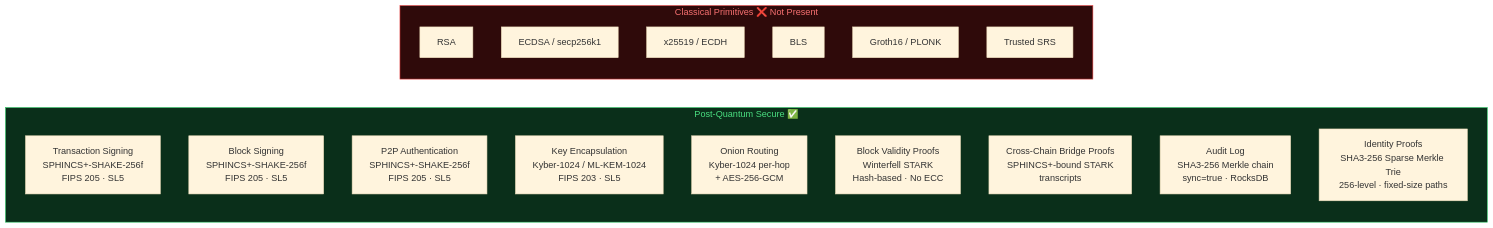
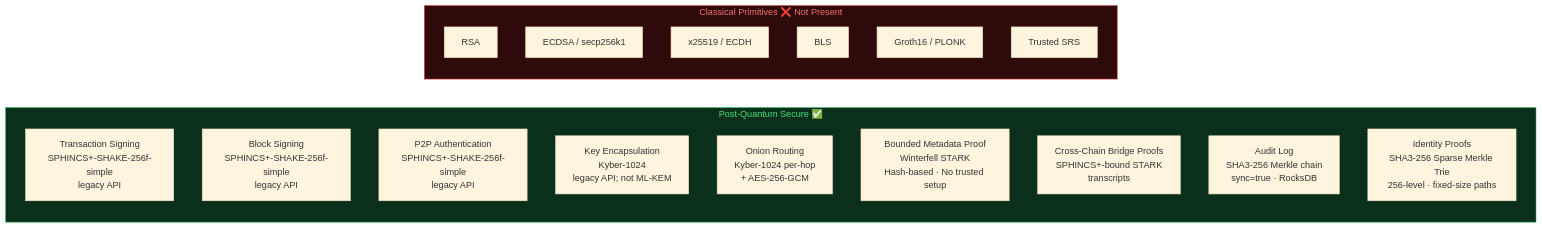
One commit to BleepEcosystem/BLEEP-v1 changed the second of 7 diagrams in README.md. Above: the diagram before and after it, drawn with Mermaid (base theme). The commit also changed other lines of this file and 16 other files, not shown here.

````diff
--- a/README.md
+++ b/README.md
@@ -290,28 +289,28 @@
 ```mermaid
 graph LR
     subgraph PQ["Post-Quantum Secure ✅"]
         direction TB
-        TX_SIGN["Transaction Signing\nSPHINCS+-SHAKE-256f\nFIPS 205 · SL5"]
-        BLK_SIGN["Block Signing\nSPHINCS+-SHAKE-256f\nFIPS 205 · SL5"]
-        P2P_AUTH["P2P Authentication\nSPHINCS+-SHAKE-256f\nFIPS 205 · SL5"]
-        KEM["Key Encapsulation\nKyber-1024 / ML-KEM-1024\nFIPS 203 · SL5"]
+        TX_SIGN["Transaction Signing\nSPHINCS+-SHAKE-256f-simple\nlegacy API"]
+        BLK_SIGN["Block Signing\nSPHINCS+-SHAKE-256f-simple\nlegacy API"]
+        P2P_AUTH["P2P Authentication\nSPHINCS+-SHAKE-256f-simple\nlegacy API"]
+        KEM["Key Encapsulation\nKyber-1024\nlegacy API; not ML-KEM"]
         ONION["Onion Routing\nKyber-1024 per-hop\n+ AES-256-GCM"]
-        ZKP_BLOCK["Block Validity Proofs\nWinterfell STARK\nHash-based · No ECC"]
+        ZKP_BLOCK["Bounded Metadata Proof\nWinterfell STARK\nHash-based · No trusted setup"]
         ZKP_BRIDGE["Cross-Chain Bridge Proofs\nSPHINCS+-bound STARK\ntranscripts"]
         AUDIT["Audit Log\nSHA3-256 Merkle chain\nsync=true · RocksDB"]
         SMT["Identity Proofs\nSHA3-256 Sparse Merkle Trie\n256-level · fixed-size paths"]
     end
 
     subgraph CLASSICAL["Classical Primitives ❌ Not Present"]
         direction TB
         RSA["RSA"]
         ECDSA["ECDSA / secp256k1"]
         X25519["x25519 / ECDH"]
         BLS["BLS"]
         G16["Groth16 / PLONK"]
         SRS["Trusted SRS"]
     end
 
     style PQ fill:#0a2f1a,color:#4ade80,stroke:#22c55e
     style CLASSICAL fill:#2f0a0a,color:#f87171,stroke:#ef4444
 ```
````
